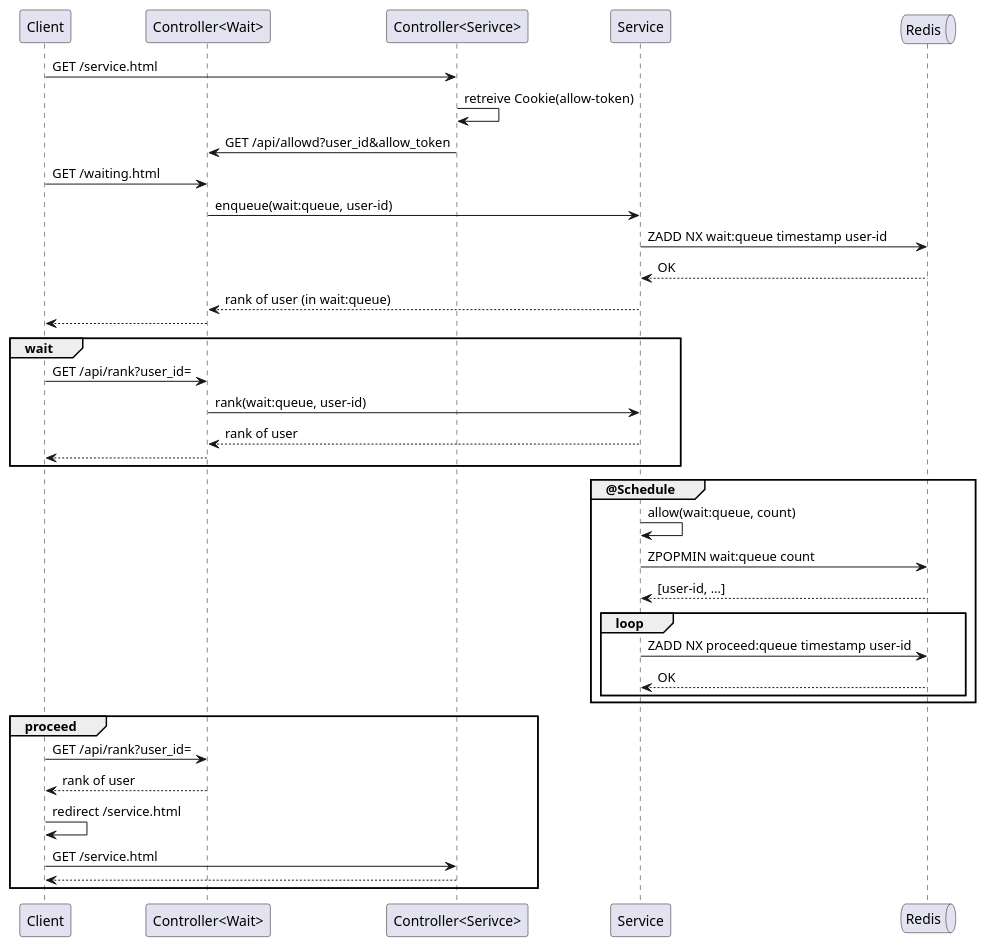
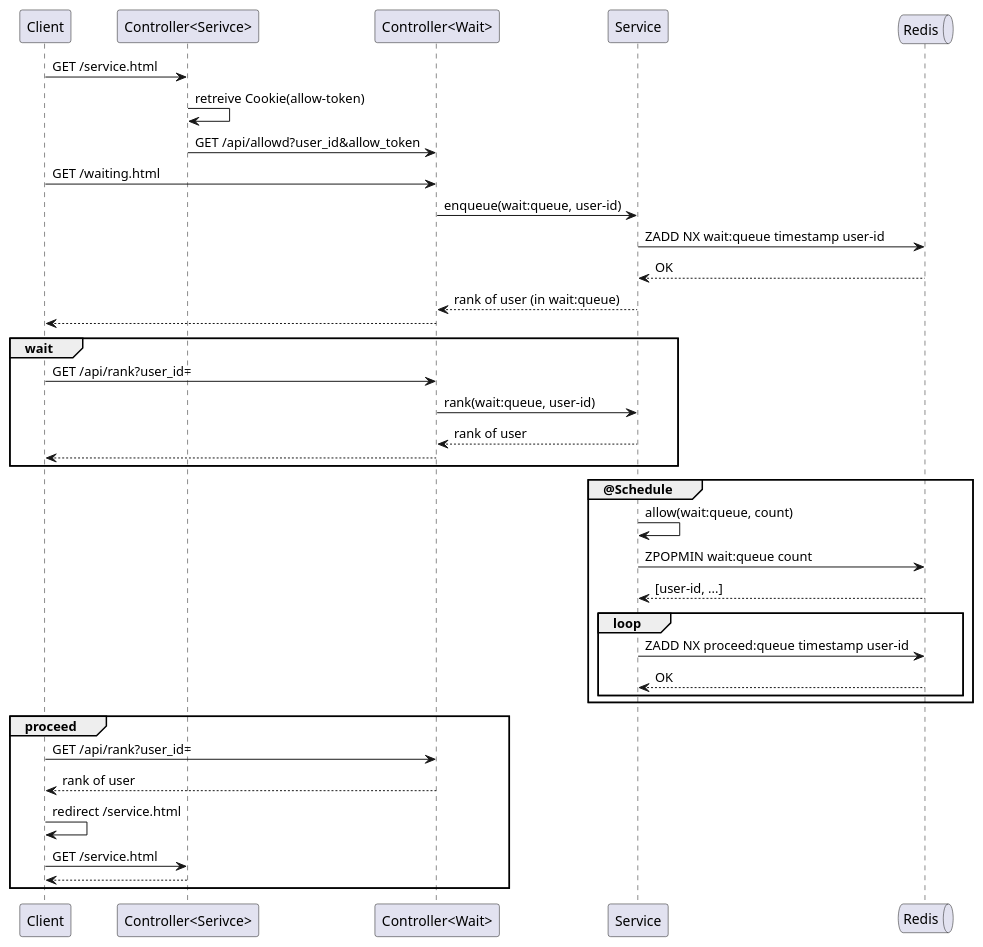
The diagram in _diary/2024-06-08.md (yanghoon/obsidian-workspace), drawn with PlantUML before and after one commit. The commit also changed other lines of this file, not shown here.

````diff
--- a/_diary/2024-06-08.md
+++ b/_diary/2024-06-08.md
@@ -11,47 +11,47 @@
 ```plantuml
 @startuml
 
 participant Client
+participant "Controller<Serivce>" as ServiceController
 participant "Controller<Wait>" as Controller
-participant "Controller<Serivce>" as ServiceController
 participant Service
 queue Redis
 
 Client -> ServiceController: GET /service.html
 ServiceController -> ServiceController: retreive Cookie(allow-token)
 ServiceController -> Controller: GET /api/allowd?user_id&allow_token
 
 Client -> Controller: GET /waiting.html
 Controller -> Service: enqueue(wait:queue, user-id)
 Service -> Redis: ZADD NX wait:queue timestamp user-id
 Service <-- Redis: OK
 Controller <-- Service: rank of user (in wait:queue)
 Client <-- Controller
 
 group wait
 Client -> Controller: GET /api/rank?user_id=
 Controller -> Service: rank(wait:queue, user-id)
 Controller <-- Service: rank of user
 Client <-- Controller
 end
 
 group @Schedule
   Service -> Service: allow(wait:queue, count)
   Service -> Redis: ZPOPMIN wait:queue count
   Service <-- Redis: [user-id, ...]
   loop
     Service -> Redis: ZADD NX proceed:queue timestamp user-id
     Service <-- Redis: OK
   end
 end
 
 group proceed
   Client -> Controller: GET /api/rank?user_id=
   Client <-- Controller: rank of user
   Client -> Client: redirect /service.html
   Client -> ServiceController: GET /service.html
   Client <-- ServiceController
 end
 
 @enduml
 ```
````
